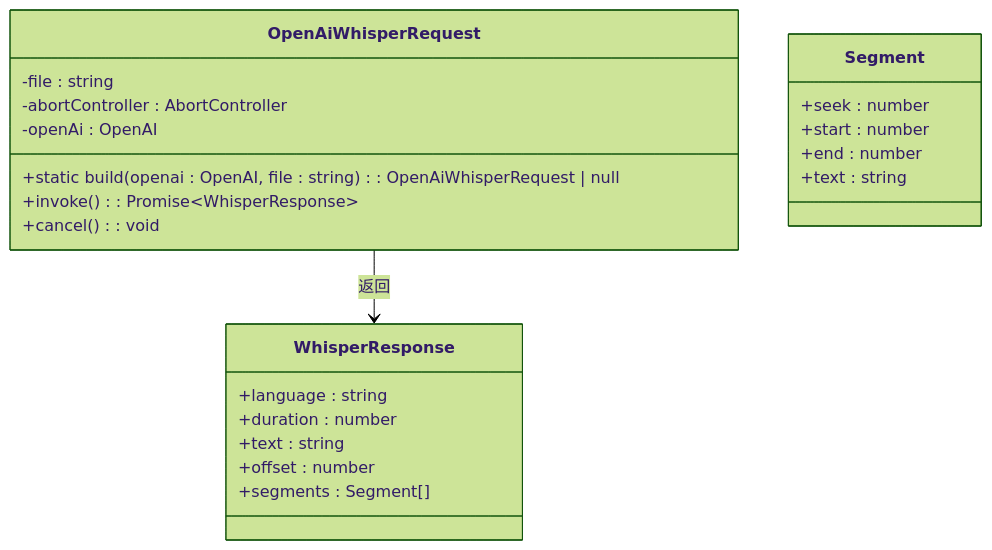
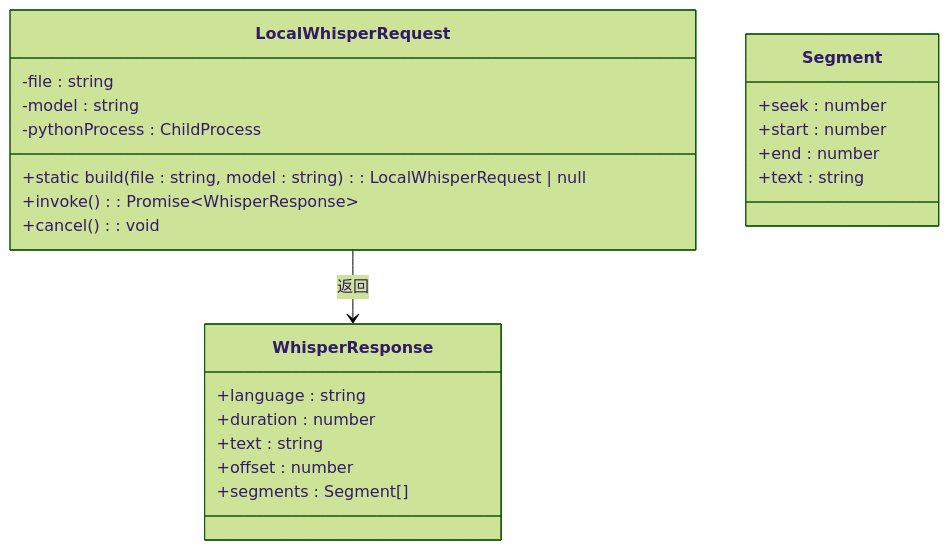
One commit to afanty2021/DashPlayer changed the third of 5 diagrams in .qoder/repowiki/zh/content/核心功能/AI字幕生成.md. Above: the diagram before and after it, drawn with Mermaid (forest theme). The commit also changed other lines of this file and 3 other files, not shown here.

````diff
--- a/.qoder/repowiki/zh/content/核心功能/AI字幕生成.md
+++ b/.qoder/repowiki/zh/content/核心功能/AI字幕生成.md
@@ -107,25 +125,25 @@
 ```mermaid
 classDiagram
-class OpenAiWhisperRequest {
+class LocalWhisperRequest {
 -file : string
--abortController : AbortController
--openAi : OpenAI
-+static build(openai : OpenAI, file : string) : OpenAiWhisperRequest | null
+-model : string
+-pythonProcess : ChildProcess
++static build(file : string, model : string) : LocalWhisperRequest | null
 +invoke() : Promise~WhisperResponse~
 +cancel() : void
 }
 class WhisperResponse {
 +language : string
 +duration : number
 +text : string
 +offset : number
 +segments : Segment[]
 }
 class Segment {
 +seek : number
 +start : number
 +end : number
 +text : string
 }
-OpenAiWhisperRequest --> WhisperResponse : 返回
+LocalWhisperRequest --> WhisperResponse : 返回
 ```
````
